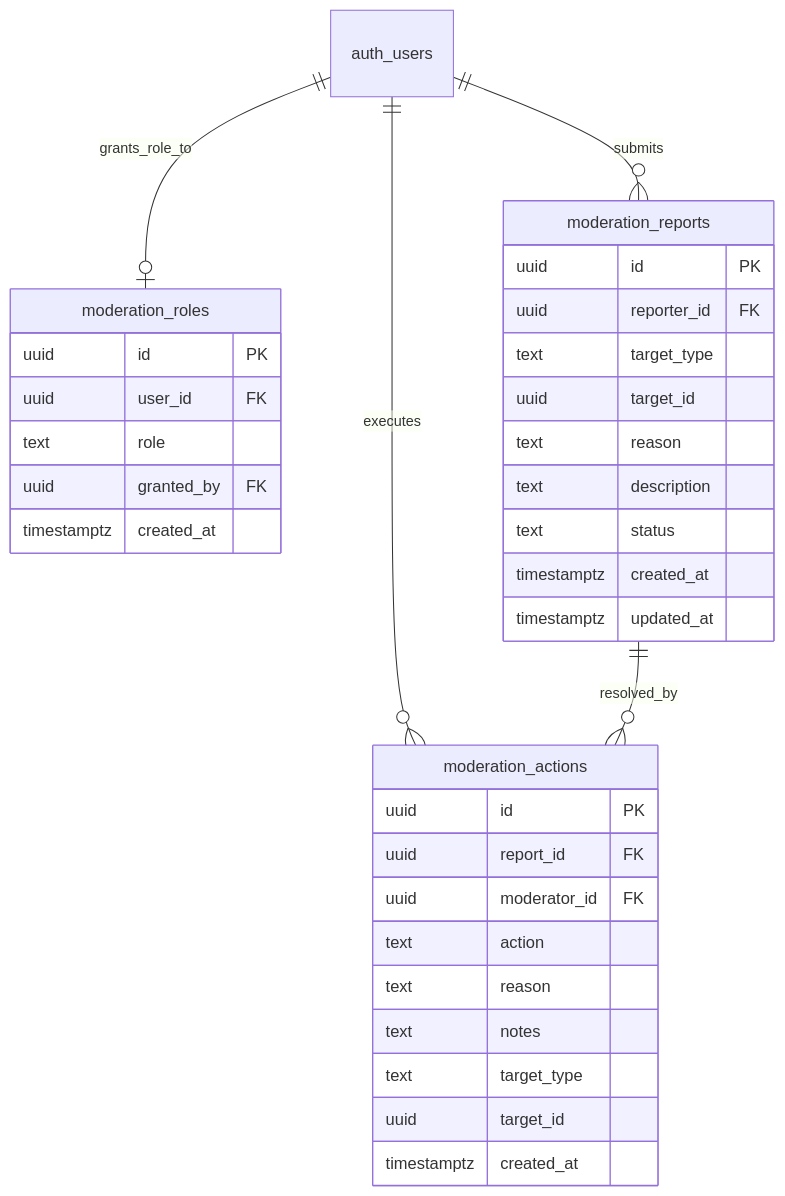
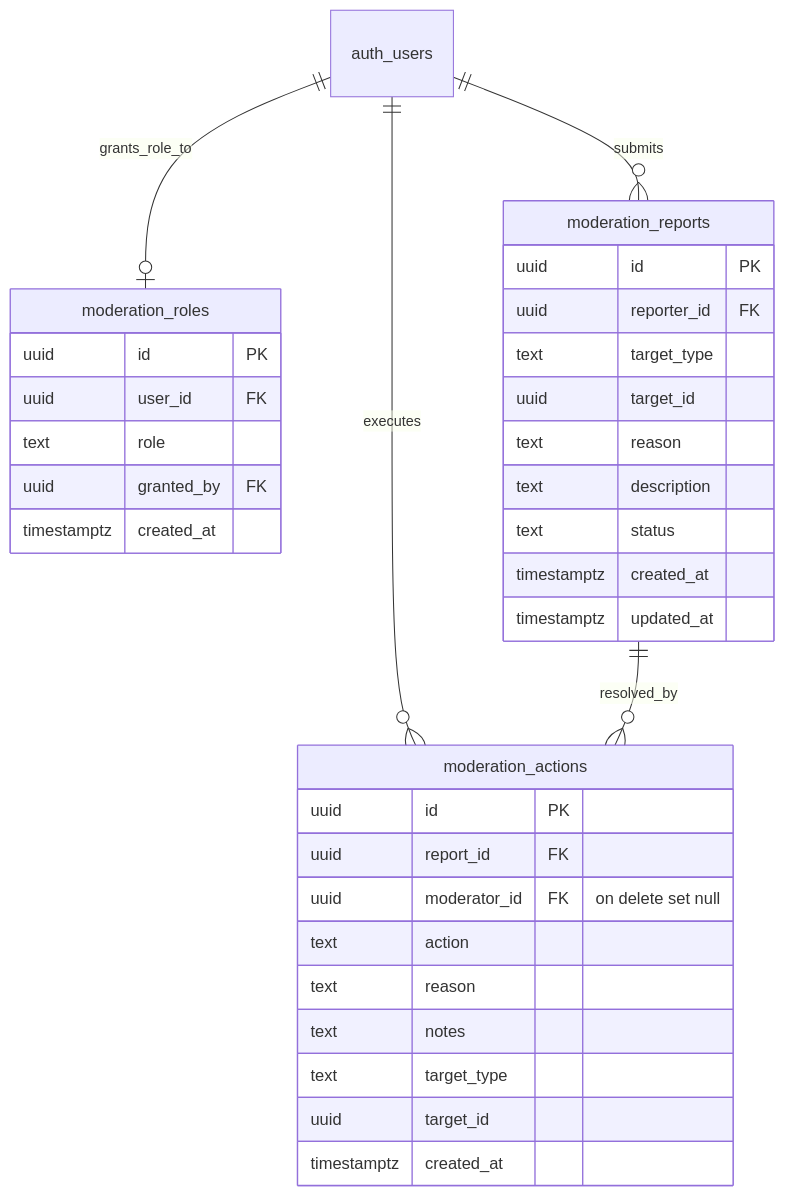
The diagram in docs/product/ECO_00B_TRUST_SAFETY_MODERATION_SPEC.md (RACCHUS/LearningApp), drawn with Mermaid before and after one commit. The commit also changed other lines of this file and 3 other files, not shown here.

````diff
--- a/docs/product/ECO_00B_TRUST_SAFETY_MODERATION_SPEC.md
+++ b/docs/product/ECO_00B_TRUST_SAFETY_MODERATION_SPEC.md
@@ -48,39 +48,39 @@
 ```mermaid
 erDiagram
     auth_users ||--o| moderation_roles : "grants_role_to"
     auth_users ||--o{ moderation_reports : "submits"
     auth_users ||--o{ moderation_actions : "executes"
     moderation_reports ||--o{ moderation_actions : "resolved_by"
 
     moderation_roles {
         uuid id PK
         uuid user_id FK
         text role
         uuid granted_by FK
         timestamptz created_at
     }
 
     moderation_reports {
         uuid id PK
         uuid reporter_id FK
         text target_type
         uuid target_id
         text reason
         text description
         text status
         timestamptz created_at
         timestamptz updated_at
     }
 
     moderation_actions {
         uuid id PK
         uuid report_id FK
-        uuid moderator_id FK
+        uuid moderator_id FK "on delete set null"
         text action
         text reason
         text notes
         text target_type
         uuid target_id
         timestamptz created_at
     }
 ```
````
